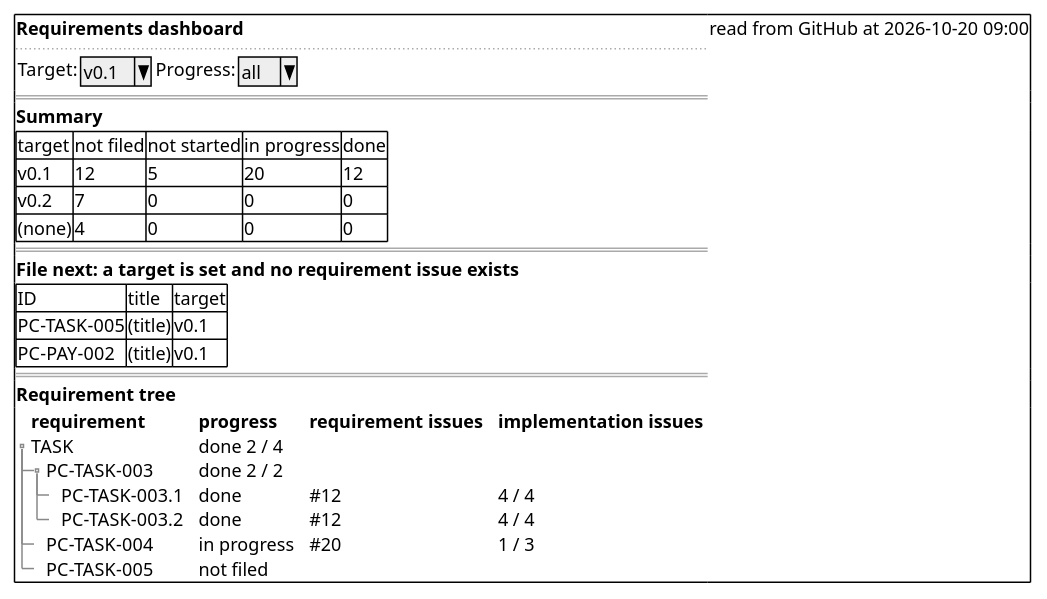
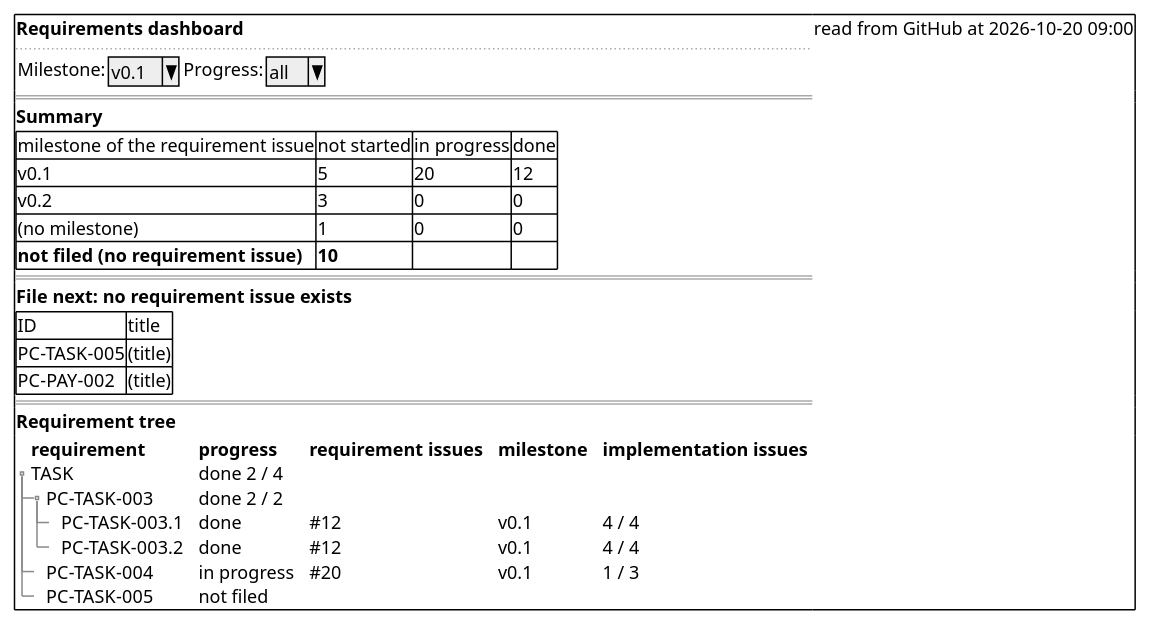
The diagram in docs/ja/requirements/dashboard-wireframe.puml (cloveclovedev/cumin-trace), drawn with PlantUML before and after one commit. The commit also changed 15 other files, not shown here.

First line of the commit message:
docs(requirements): set the ID apart in the heading, drop the target field, and end each requirement with a rule

```diff
--- a/docs/ja/requirements/dashboard-wireframe.puml
+++ b/docs/ja/requirements/dashboard-wireframe.puml
@@ -1,34 +1,35 @@
 @startuml dashboard-wireframe
 salt
 {+
   <b>Requirements dashboard | read from GitHub at 2026-10-20 09:00
   ..
-  { Target: | ^v0.1^ | Progress: | ^all^ }
+  { Milestone: | ^v0.1^ | Progress: | ^all^ }
   ==
   <b>Summary
   {#
-    target | not filed | not started | in progress | done
-    v0.1 | 12 | 5 | 20 | 12
-    v0.2 | 7 | 0 | 0 | 0
-    (none) | 4 | 0 | 0 | 0
+    milestone of the requirement issue | not started | in progress | done
+    v0.1 | 5 | 20 | 12
+    v0.2 | 3 | 0 | 0
+    (no milestone) | 1 | 0 | 0
+    <b>not filed (no requirement issue) | <b>10 | . | .
   }
   ==
-  <b>File next: a target is set and no requirement issue exists
+  <b>File next: no requirement issue exists
   {#
-    ID | title | target
-    PC-TASK-005 | (title) | v0.1
-    PC-PAY-002 | (title) | v0.1
+    ID | title
+    PC-TASK-005 | (title)
+    PC-PAY-002 | (title)
   }
   ==
   <b>Requirement tree
   {T
-    + <b>requirement | <b>progress | <b>requirement issues | <b>implementation issues
-    + TASK | done 2 / 4 | . | .
-    ++ PC-TASK-003 | done 2 / 2 | . | .
-    +++ PC-TASK-003.1 | done | ~#12 | 4 / 4
-    +++ PC-TASK-003.2 | done | ~#12 | 4 / 4
-    ++ PC-TASK-004 | in progress | ~#20 | 1 / 3
-    ++ PC-TASK-005 | not filed | . | .
+    + <b>requirement | <b>progress | <b>requirement issues | <b>milestone | <b>implementation issues
+    + TASK | done 2 / 4 | . | . | .
+    ++ PC-TASK-003 | done 2 / 2 | . | . | .
+    +++ PC-TASK-003.1 | done | ~#12 | v0.1 | 4 / 4
+    +++ PC-TASK-003.2 | done | ~#12 | v0.1 | 4 / 4
+    ++ PC-TASK-004 | in progress | ~#20 | v0.1 | 1 / 3
+    ++ PC-TASK-005 | not filed | . | . | .
   }
 }
 @enduml
```
